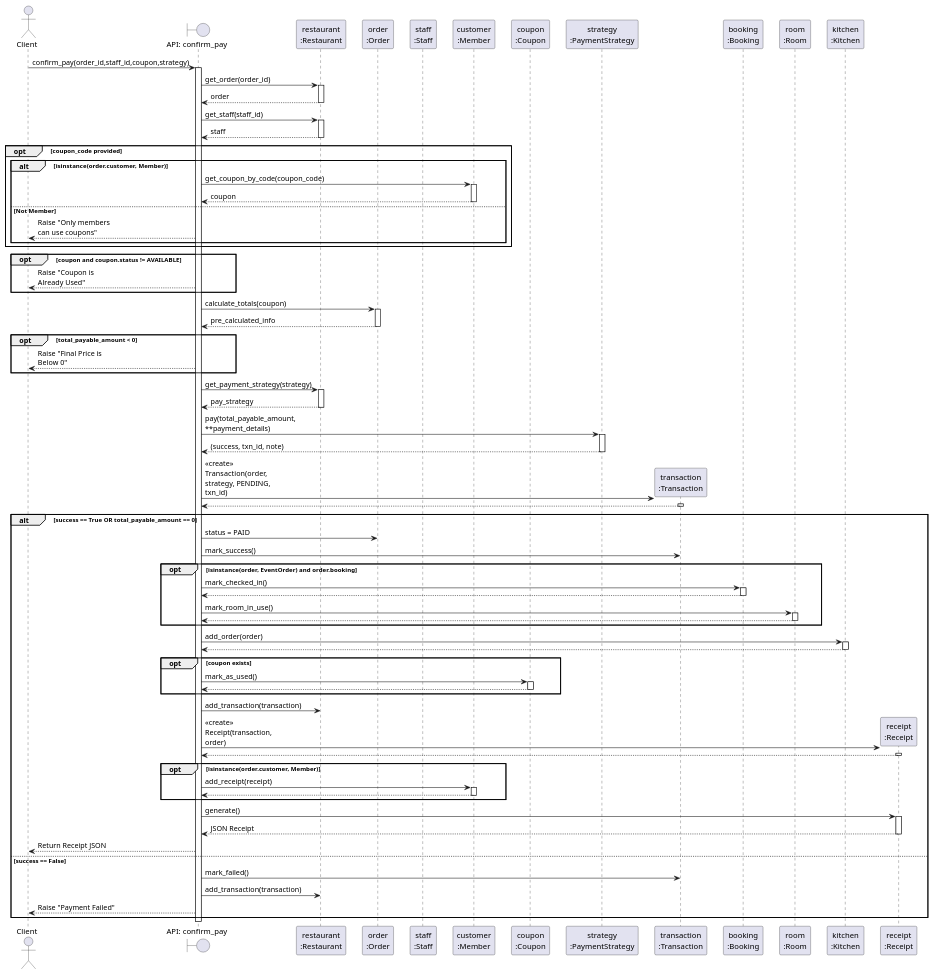
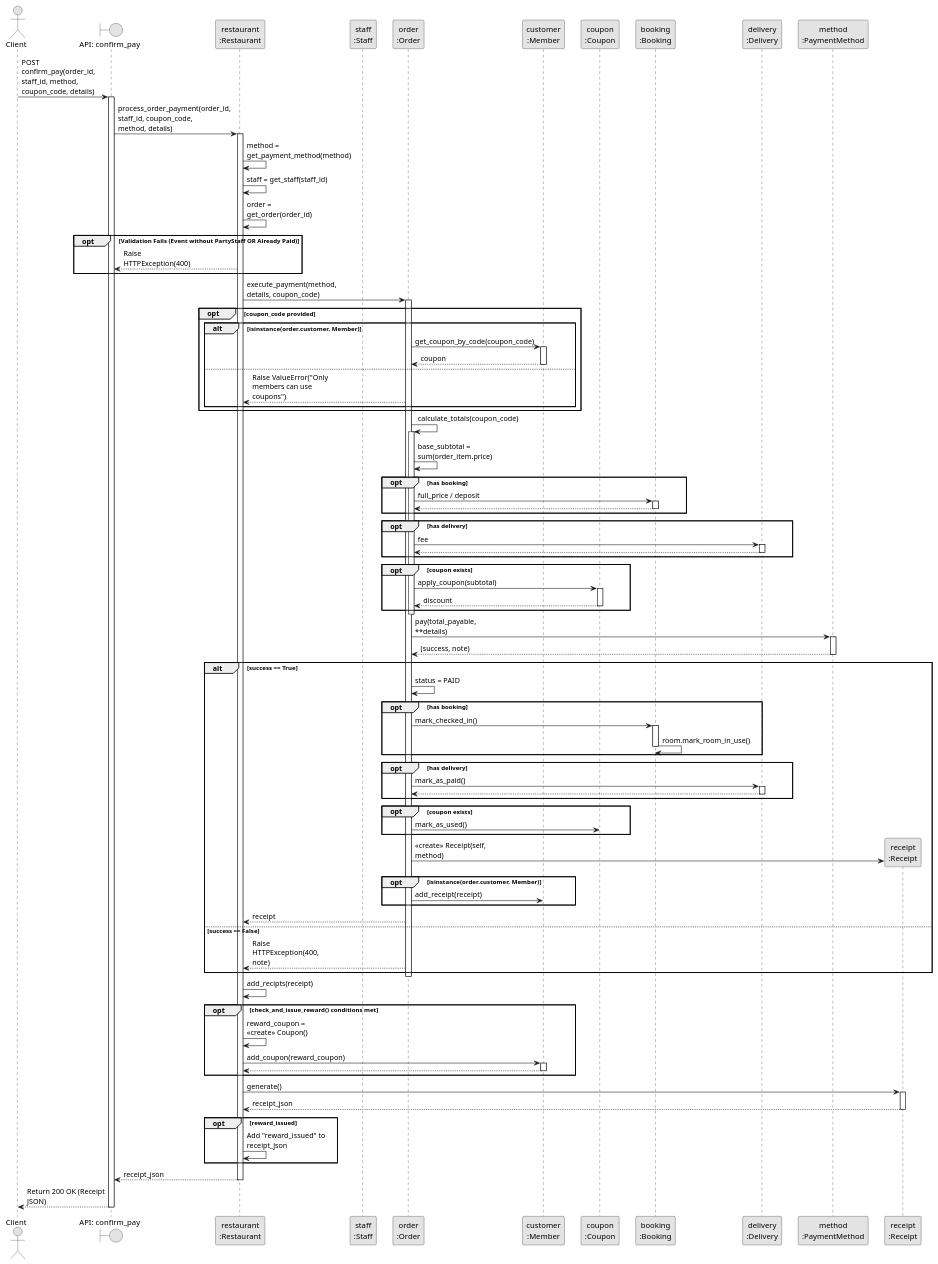
The diagram in project_dev/sequence_pay.puml (Telnwza/OOP), drawn with PlantUML before and after one commit. The commit also changed 3 other files, not shown here.

```diff
--- a/project_dev/sequence_pay.puml
+++ b/project_dev/sequence_pay.puml
@@ -1,128 +1,142 @@
-@startuml ConfirmPaySequence
+@startuml ConfirmPaySequence_Final
 skinparam maxMessageSize 150
 skinparam ParticipantPadding 10
 skinparam BoxPadding 10
+skinparam monochrome true
 
 actor Client
 boundary "API: confirm_pay" as API
 participant "restaurant\n:Restaurant" as Rest
+participant "staff\n:Staff" as Staff
 participant "order\n:Order" as Order
-participant "staff\n:Staff" as Staff
 participant "customer\n:Member" as Member
 participant "coupon\n:Coupon" as Coupon
-participant "strategy\n:PaymentStrategy" as Strategy
-participant "transaction\n:Transaction" as Txn
 participant "booking\n:Booking" as Booking
-participant "room\n:Room" as Room
-participant "kitchen\n:Kitchen" as Kitchen
+participant "delivery\n:Delivery" as Delivery
+participant "method\n:PaymentMethod" as Method
 participant "receipt\n:Receipt" as Receipt
 
-Client -> API : confirm_pay(order_id,staff_id,coupon,strategy)
+Client -> API : POST confirm_pay(order_id, staff_id, method, coupon_code, details)
 activate API
 
-API -> Rest : get_order(order_id)
+' Thin API Delegate to Restaurant
+API -> Rest : process_order_payment(order_id, staff_id, coupon_code, method, details)
 activate Rest
-Rest --> API : order
+
+' 1. Validations & Setup
+Rest -> Rest : method = get_payment_method(method)
+Rest -> Rest : staff = get_staff(staff_id)
+Rest -> Rest : order = get_order(order_id)
+
+opt Validation Fails (Event without PartyStaff OR Already Paid)
+    Rest --> API : Raise HTTPException(400)
+end
+
+' 2. Delegate Payment Execution to Order
+Rest -> Order : execute_payment(method, details, coupon_code)
+activate Order
+
+    opt coupon_code provided
+        alt isinstance(order.customer, Member)
+            Order -> Member : get_coupon_by_code(coupon_code)
+            activate Member
+            Member --> Order : coupon
+            deactivate Member
+        else
+            Order --> Rest : Raise ValueError("Only members can use coupons")
+        end
+    end
+
+    ' 2.1 Calculate Totals Inside Order
+    Order -> Order : calculate_totals(coupon_code)
+    activate Order
+        Order -> Order : base_subtotal = sum(order_item.price)
+        
+        opt has booking
+            Order -> Booking : full_price / deposit
+            activate Booking
+            Booking --> Order
+            deactivate Booking
+        end
+        
+        opt has delivery
+            Order -> Delivery : fee
+            activate Delivery
+            Delivery --> Order
+            deactivate Delivery
+        end
+        
+        opt coupon exists
+            Order -> Coupon : apply_coupon(subtotal)
+            activate Coupon
+            Coupon --> Order : discount
+            deactivate Coupon
+        end
+    deactivate Order
+
+    ' 2.2 Payment Gateway
+    Order -> Method : pay(total_payable, **details)
+    activate Method
+    Method --> Order : (success, note)
+    deactivate Method
+
+    ' 2.3 Post-Payment Updates
+    alt success == True
+        Order -> Order : status = PAID
+        
+        opt has booking
+            Order -> Booking : mark_checked_in()
+            activate Booking
+            Booking -> Booking : room.mark_room_in_use()
+            deactivate Booking
+        end
+        
+        opt has delivery
+            Order -> Delivery : mark_as_paid()
+            activate Delivery
+            Delivery --> Order
+            deactivate Delivery
+        end
+        
+        opt coupon exists
+            Order -> Coupon : mark_as_used()
+        end
+        
+        ' 2.4 Receipt Generation
+        Order -> Receipt ** : <<create>> Receipt(self, method)
+        opt isinstance(order.customer, Member)
+            Order -> Member : add_receipt(receipt)
+        end
+        
+        Order --> Rest : receipt
+    else success == False
+        Order --> Rest : Raise HTTPException(400, note)
+    end
+deactivate Order
+
+' 3. Save Receipt and Issue Rewards
+Rest -> Rest : add_recipts(receipt)
+
+opt check_and_issue_reward() conditions met
+    Rest -> Rest : reward_coupon = <<create>> Coupon()
+    Rest -> Member : add_coupon(reward_coupon)
+    activate Member
+    Member --> Rest
+    deactivate Member
+end
+
+Rest -> Receipt : generate()
+activate Receipt
+Receipt --> Rest : receipt_json
+deactivate Receipt
+
+opt reward_issued
+    Rest -> Rest : Add "reward_issued" to receipt_json
+end
+
+Rest --> API : receipt_json
 deactivate Rest
 
-API -> Rest : get_staff(staff_id)
-activate Rest
-Rest --> API : staff
-deactivate Rest
-
-opt coupon_code provided
-    alt isinstance(order.customer, Member)
-        API -> Member : get_coupon_by_code(coupon_code)
-        activate Member
-        Member --> API : coupon
-        deactivate Member
-    else Not Member
-        API --> Client : Raise "Only members can use coupons"
-    end
-end
-
-opt coupon and coupon.status != AVAILABLE
-    API --> Client : Raise "Coupon is Already Used"
-end
-
-API -> Order : calculate_totals(coupon)
-activate Order
-Order --> API : pre_calculated_info
-deactivate Order
-
-opt total_payable_amount < 0
-    API --> Client : Raise "Final Price is Below 0"
-end
-
-API -> Rest : get_payment_strategy(strategy)
-activate Rest
-Rest --> API : pay_strategy
-deactivate Rest
-
-API -> Strategy : pay(total_payable_amount, **payment_details)
-activate Strategy
-Strategy --> API : (success, txn_id, note)
-deactivate Strategy
-
-API -> Txn ** : <<create>> Transaction(order, strategy, PENDING, txn_id)
-activate Txn
-Txn --> API
-deactivate Txn
-
-alt success == True OR total_payable_amount == 0
-    API -> Order : status = PAID
-    API -> Txn : mark_success()
-    
-    opt isinstance(order, EventOrder) and order.booking
-        API -> Booking : mark_checked_in()
-        activate Booking
-        Booking --> API
-        deactivate Booking
-        
-        API -> Room : mark_room_in_use()
-        activate Room
-        Room --> API
-        deactivate Room
-    end
-
-    API -> Kitchen : add_order(order)
-    activate Kitchen
-    Kitchen --> API
-    deactivate Kitchen
-
-    opt coupon exists
-        API -> Coupon : mark_as_used()
-        activate Coupon
-        Coupon --> API
-        deactivate Coupon
-    end
-
-    API -> Rest : add_transaction(transaction)
-    
-    API -> Receipt ** : <<create>> Receipt(transaction, order)
-    activate Receipt
-    Receipt --> API
-    deactivate Receipt
-    
-    opt isinstance(order.customer, Member)
-        API -> Member : add_receipt(receipt)
-        activate Member
-        Member --> API
-        deactivate Member
-    end
-    
-    API -> Receipt : generate()
-    activate Receipt
-    Receipt --> API : JSON Receipt
-    deactivate Receipt
-    
-    API --> Client : Return Receipt JSON
-
-else success == False
-    API -> Txn : mark_failed()
-    API -> Rest : add_transaction(transaction)
-    API --> Client : Raise "Payment Failed"
-end
-
+API --> Client : Return 200 OK (Receipt JSON)
 deactivate API
 @enduml
```
